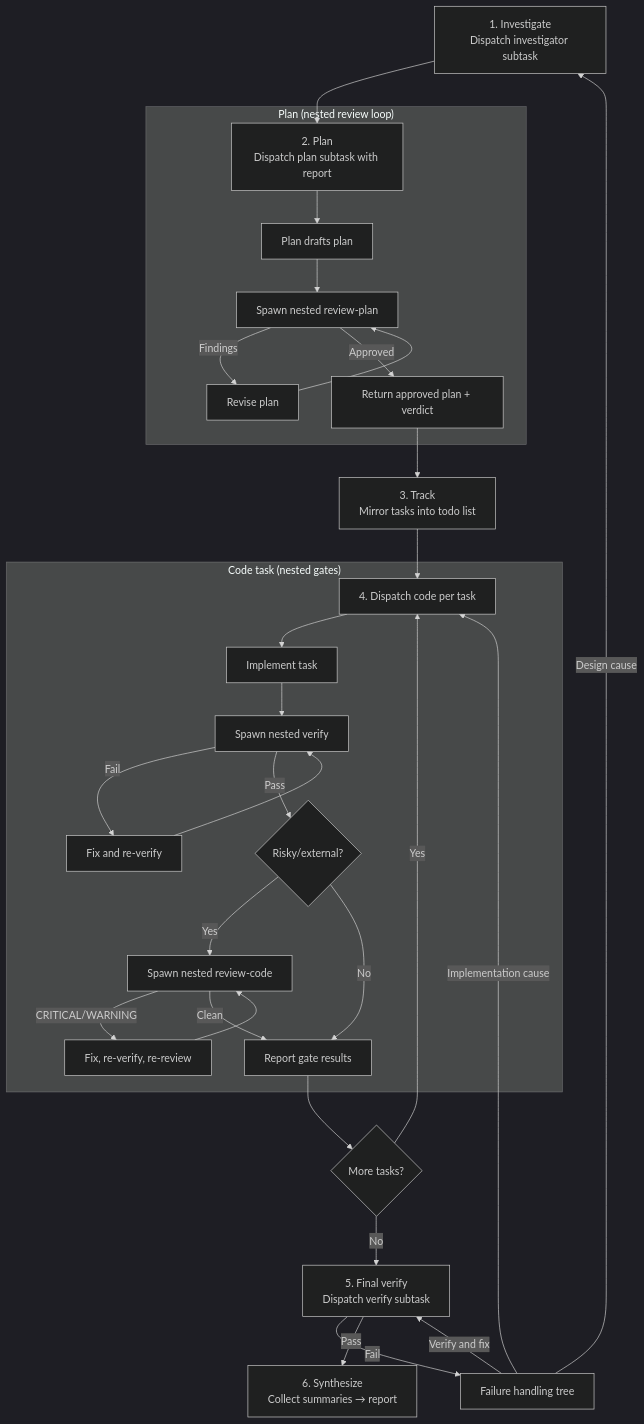
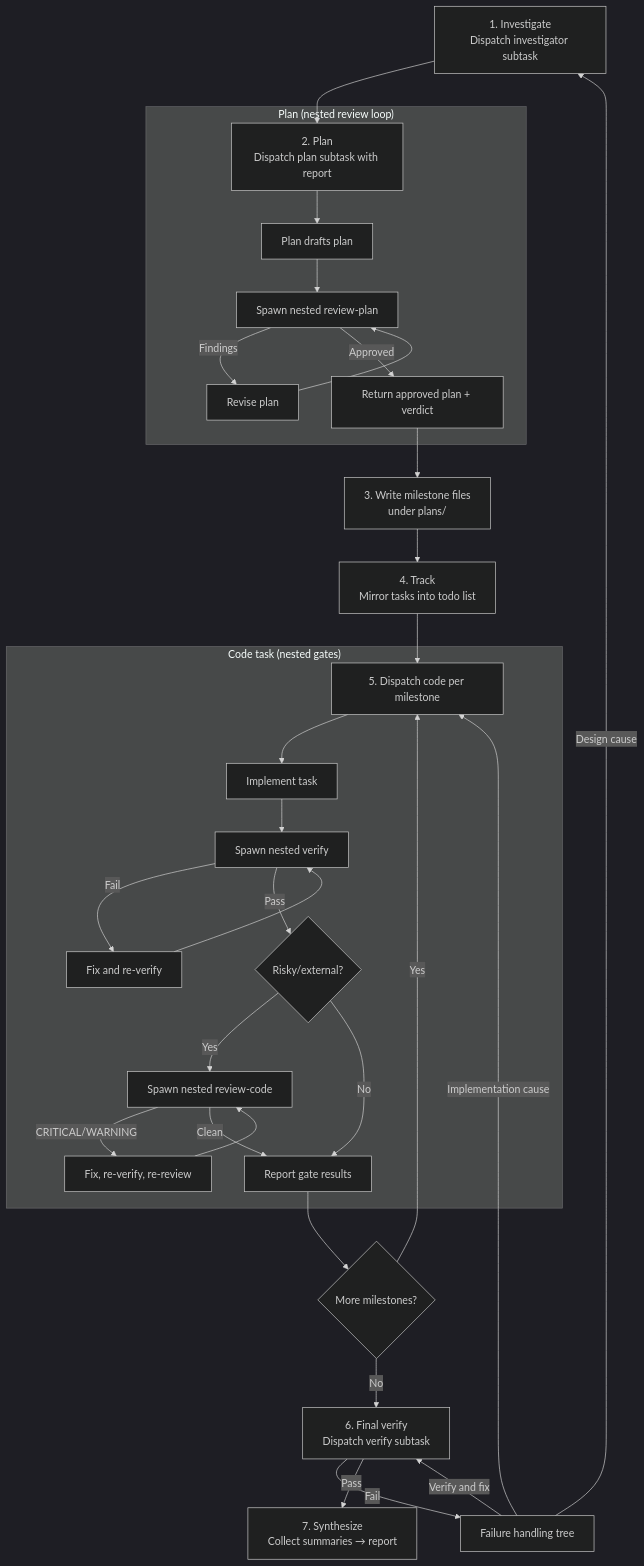
Before and after one commit to gelse/AI-snippets: the diagram in docs/orchestrator-workflow.md, drawn with Mermaid (dark theme). The commit also changed other lines of this file and 1 other file, not shown here.

````diff
--- a/docs/orchestrator-workflow.md
+++ b/docs/orchestrator-workflow.md
@@ -9,37 +23,38 @@
 ```mermaid
 flowchart TD
     A["1. Investigate\nDispatch investigator subtask"] --> B["2. Plan\nDispatch plan subtask with report"]
 
     subgraph plan_loop["Plan (nested review loop)"]
         B --> C["Plan drafts plan"]
         C --> C1["Spawn nested review-plan"]
         C1 -->|Findings| C2["Revise plan"]
         C2 --> C1
         C1 -->|Approved| C3["Return approved plan + verdict"]
     end
 
-    C3 --> E["3. Track\nMirror tasks into todo list"]
-    E --> F["4. Dispatch code per task"]
+    C3 --> C4["3. Write milestone files\nunder plans/"]
+    C4 --> E["4. Track\nMirror tasks into todo list"]
+    E --> F["5. Dispatch code per milestone"]
 
     subgraph code_gate["Code task (nested gates)"]
         F --> F1["Implement task"]
         F1 --> F2["Spawn nested verify"]
         F2 -->|Fail| F3["Fix and re-verify"]
         F3 --> F2
         F2 -->|Pass| F4{"Risky/external?"}
         F4 -->|Yes| F5["Spawn nested review-code"]
         F5 -->|CRITICAL/WARNING| F6["Fix, re-verify, re-review"]
         F6 --> F5
         F5 -->|Clean| F7["Report gate results"]
         F4 -->|No| F7
     end
 
-    F7 --> G{"More tasks?"}
+    F7 --> G{"More milestones?"}
     G -->|Yes| F
-    G -->|No| K["5. Final verify\nDispatch verify subtask"]
+    G -->|No| K["6. Final verify\nDispatch verify subtask"]
     K -->|Fail| L["Failure handling tree"]
     L -->|Implementation cause| F
     L -->|Design cause| A
     L -->|Verify and fix| K
-    K -->|Pass| M["6. Synthesize\nCollect summaries → report"]
+    K -->|Pass| M["7. Synthesize\nCollect summaries → report"]
 ```
````
